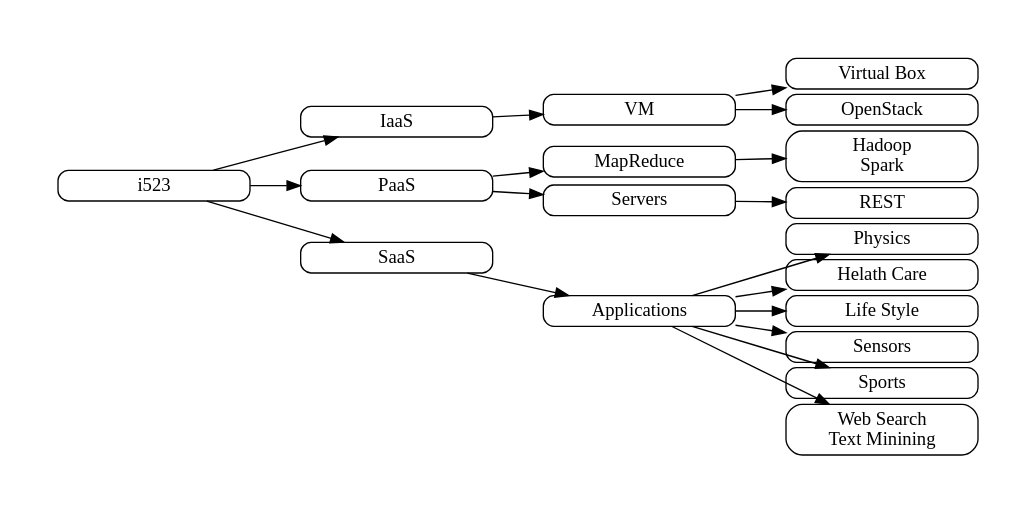
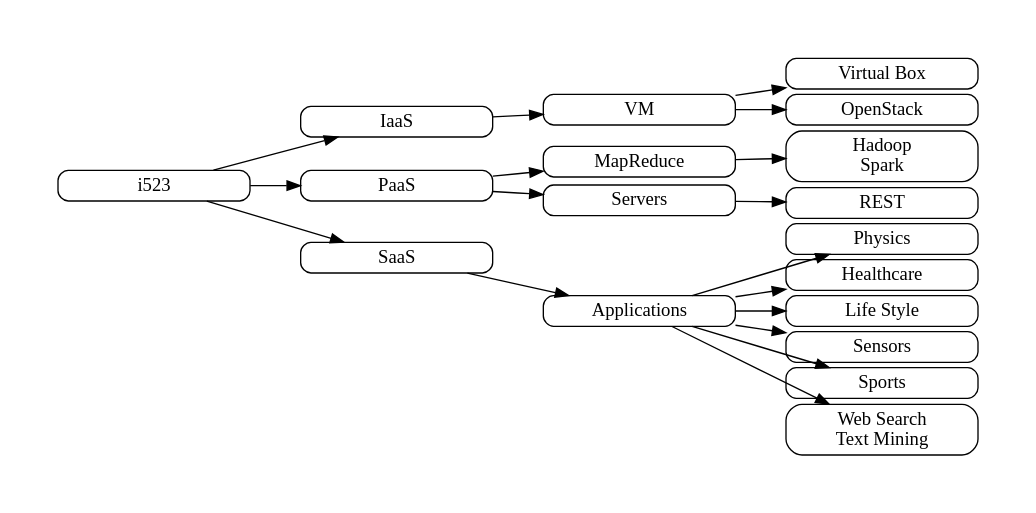
Before and after one commit to cloudmesh-community/book: the diagram in chapters/class/graph-i523.dot, drawn with Graphviz. The commit also changed 17 other files, not shown here.

```diff
--- a/chapters/class/graph-i523.dot
+++ b/chapters/class/graph-i523.dot
@@ -1,27 +1,27 @@
 digraph G {
 ratio="fill";
  margin=0;
 rankdir=LR;
  graph [pad="0.5", ranksep="0.525", nodesep="0.05"];
 splines=line;
 node [shape=box, style=rounded, shadow_offset=7, shadow_blur=5,width=2,height=0.05];
 
 i523 -> "IaaS";
         "IaaS" -> VM;
                   VM -> "Virtual Box";
                   VM -> "OpenStack";
 i523 -> PaaS;
         PaaS -> MapReduce;
                 MapReduce -> "Hadoop\nSpark";
         PaaS ->        Servers;
                 Servers -> REST;
 i523 -> SaaS;
         SaaS -> Applications;
                 Applications -> Physics;
-                Applications -> "Helath Care";
+                Applications -> "Healthcare";
                 Applications -> "Life Style";
                 Applications -> Sensors;
                 Applications -> Sports;
-                Applications -> "Web Search\nText Minining"
+                Applications -> "Web Search\nText Mining"
 
 }
```
